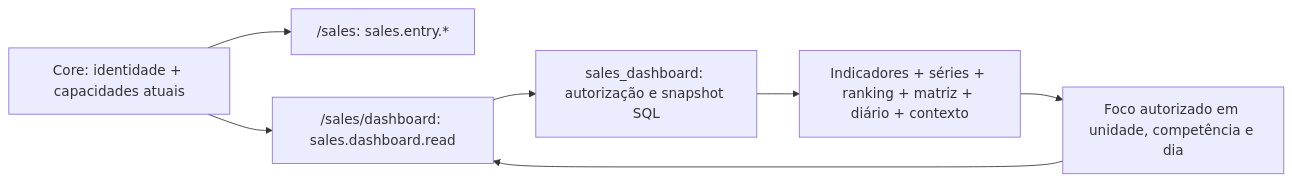
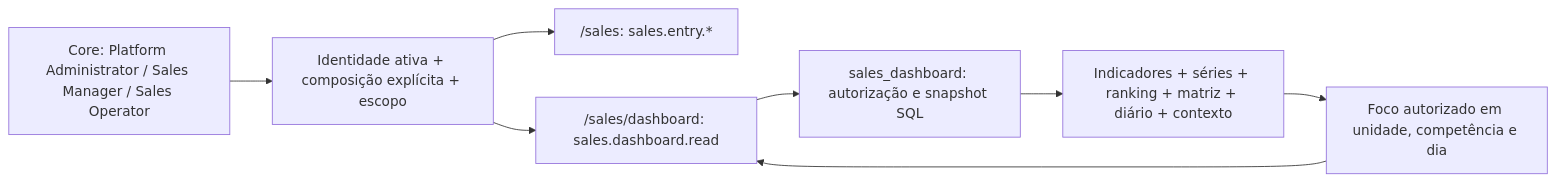
Before and after one commit to The-Vonky/Gaucha-Gestao: the diagram in docs/modules/sales/VEN04B_DASHBOARD_UI.md, drawn with Mermaid. The commit also changed other lines of this file and 25 other files, not shown here.

````diff
--- a/docs/modules/sales/VEN04B_DASHBOARD_UI.md
+++ b/docs/modules/sales/VEN04B_DASHBOARD_UI.md
@@ -25,9 +29,10 @@
 ```mermaid
 flowchart LR
-  A["Core: identidade + capacidades atuais"] --> O["/sales: sales.entry.*"]
+  P["Core: Platform Administrator / Sales Manager / Sales Operator"] --> A["Identidade ativa + composição explícita + escopo"]
+  A --> O["/sales: sales.entry.*"]
   A --> D["/sales/dashboard: sales.dashboard.read"]
   D --> RPC["sales_dashboard: autorização e snapshot SQL"]
   RPC --> V["Indicadores + séries + ranking + matriz + diário + contexto"]
   V --> F["Foco autorizado em unidade, competência e dia"]
   F --> D
 ```
````
